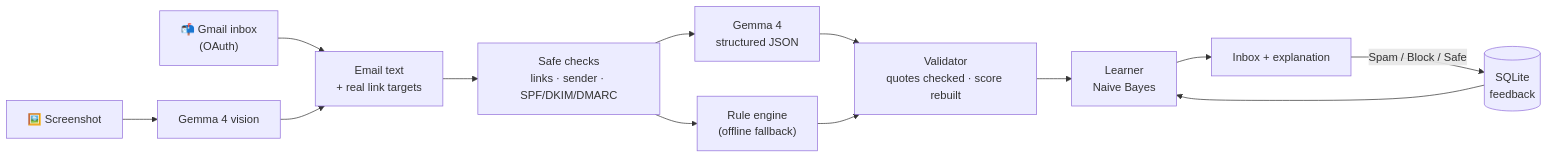
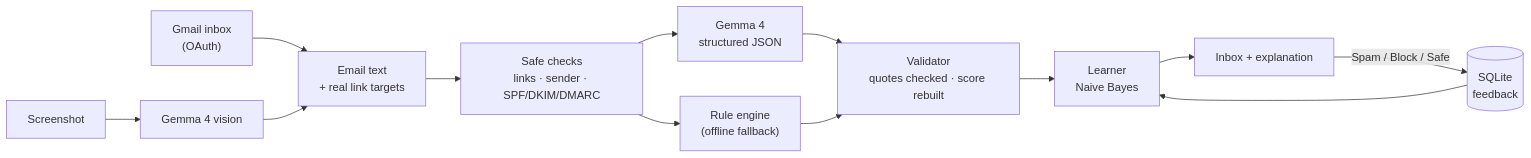
The diagram in README.md (binayakmandal-hash/scamshield-ai), drawn with Mermaid before and after one commit. The commit also changed other lines of this file and 2 other files, not shown here.

````diff
--- a/README.md
+++ b/README.md
@@ -75,14 +72,14 @@
 ```mermaid
 flowchart LR
-    A["📬 Gmail inbox<br/>(OAuth)"] --> C
-    B["🖼️ Screenshot"] --> OCR["Gemma 4 vision"] --> C
+    A["Gmail inbox<br/>(OAuth)"] --> C
+    B["Screenshot"] --> OCR["Gemma 4 vision"] --> C
     C["Email text<br/>+ real link targets"] --> D["Safe checks<br/>links · sender · SPF/DKIM/DMARC"]
     D --> E["Gemma 4<br/>structured JSON"]
     D --> F["Rule engine<br/>(offline fallback)"]
     E --> G["Validator<br/>quotes checked · score rebuilt"]
     F --> G
     G --> H["Learner<br/>Naive Bayes"]
     H --> I["Inbox + explanation"]
     I -- "Spam / Block / Safe" --> J[("SQLite<br/>feedback")]
     J --> H
 ```
````
